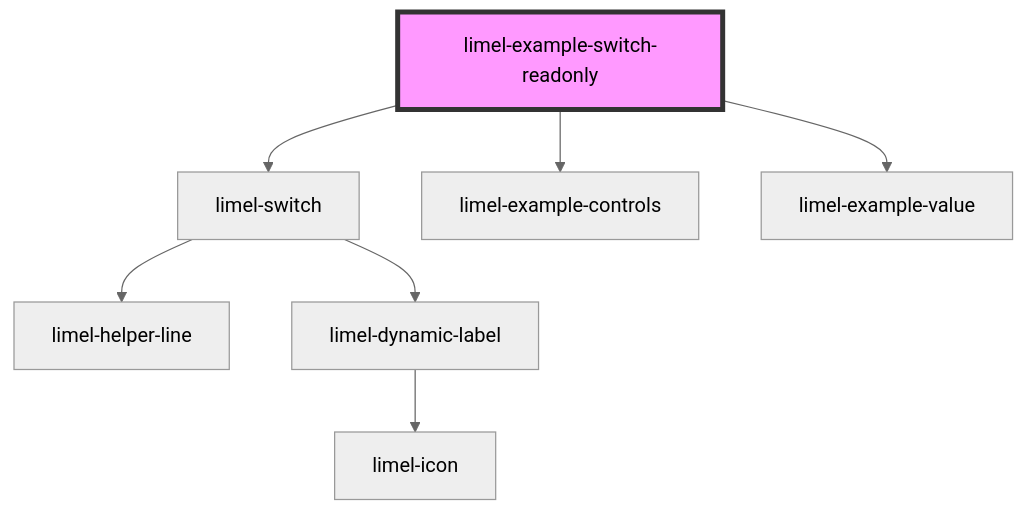
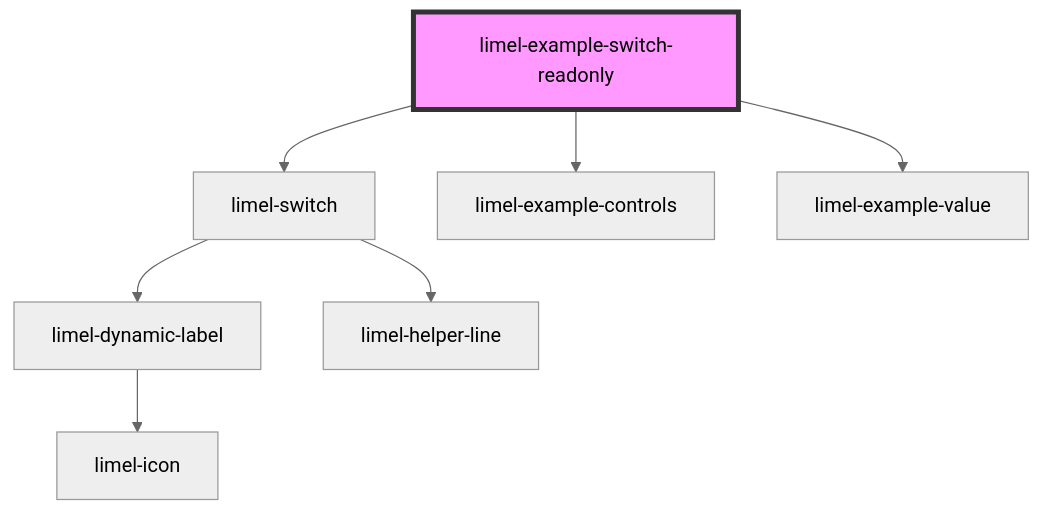
Before and after one commit to Lundalogik/lime-elements: the diagram in versions/PR-3964/markdown-docs/components/switch/examples/readme.md, drawn with Mermaid (neutral theme). The commit also changed other lines of this file and 97 other files, not shown here.

````diff
--- a/versions/PR-3964/markdown-docs/components/switch/examples/readme.md
+++ b/versions/PR-3964/markdown-docs/components/switch/examples/readme.md
@@ -35,10 +35,10 @@
 ```mermaid
 graph TD;
   limel-example-switch-readonly --> limel-switch
   limel-example-switch-readonly --> limel-example-controls
   limel-example-switch-readonly --> limel-example-value
+  limel-switch --> limel-dynamic-label
   limel-switch --> limel-helper-line
-  limel-switch --> limel-dynamic-label
   limel-dynamic-label --> limel-icon
   style limel-example-switch-readonly fill:#f9f,stroke:#333,stroke-width:4px
 ```
````
